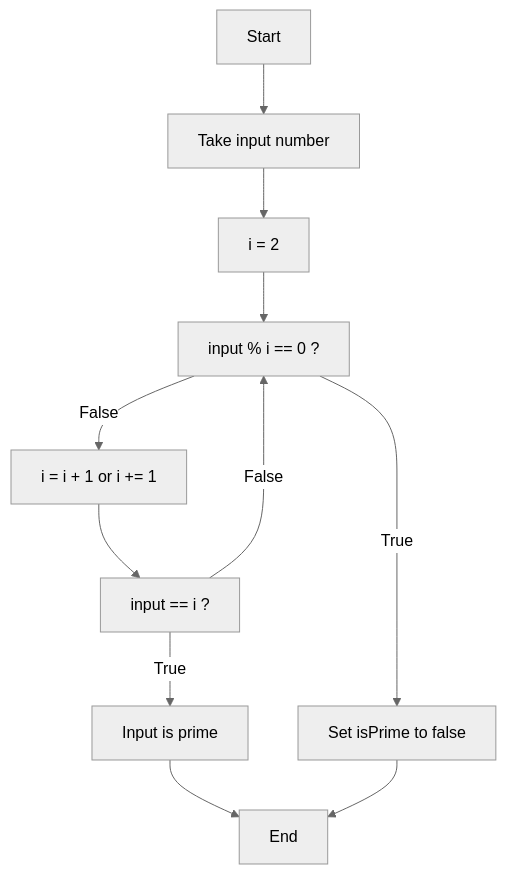
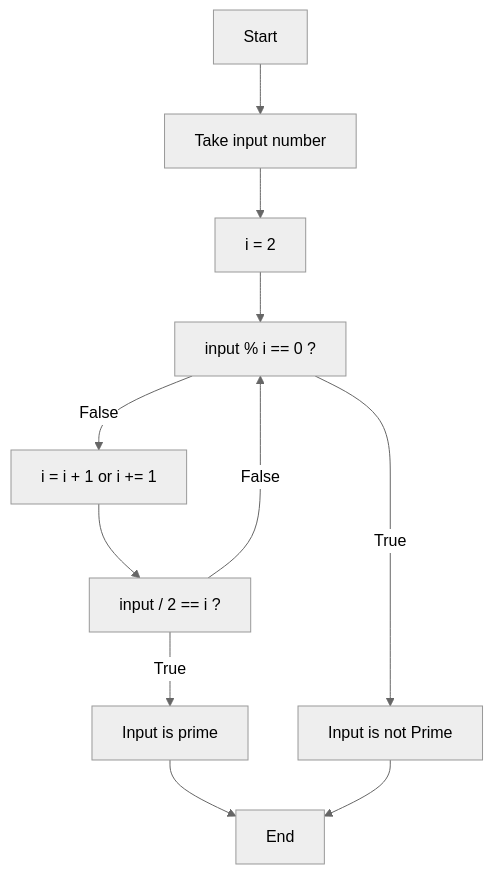
Before and after one commit to SK2iP/Workshop-Basic-CPP: the diagram in 1-Flowcharts/3-IsPrime.md, drawn with Mermaid (neutral theme). The commit also changed 2 other files, not shown here.

Commit message:
First commit in class

````diff
--- a/1-Flowcharts/3-IsPrime.md
+++ b/1-Flowcharts/3-IsPrime.md
@@ -1,13 +1,13 @@
 ```mermaid
 graph TD
     A[Start] --> B[Take input number]
     B --> C[i = 2]
     C --> D[input % i == 0 ?]
-    D -->|True| I[Set isPrime to false]
+    D -->|True| I[Input is not Prime]
     D -->|False| F[i = i + 1 or i += 1]
-    F --> G[input == i ?]
+    F --> G[input / 2 == i ?]
     G -->|True| L[Input is prime]
     G --> |False| D
     L --> J
     I --> J[End]
 ```
````
